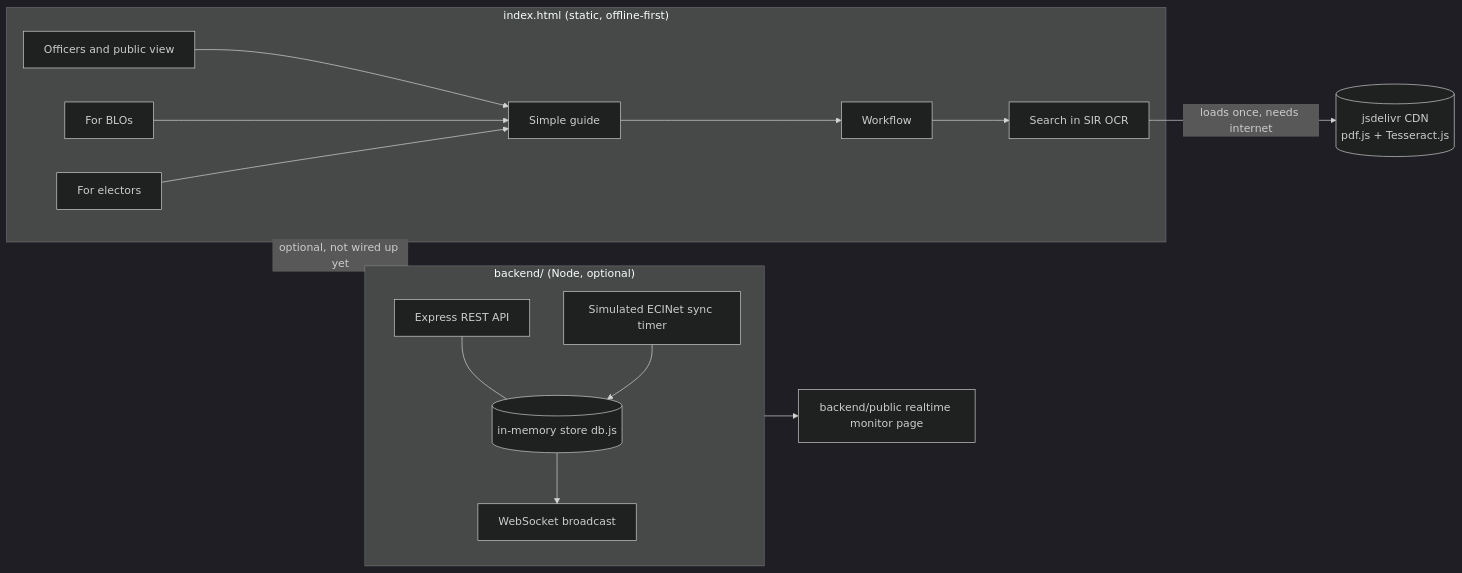
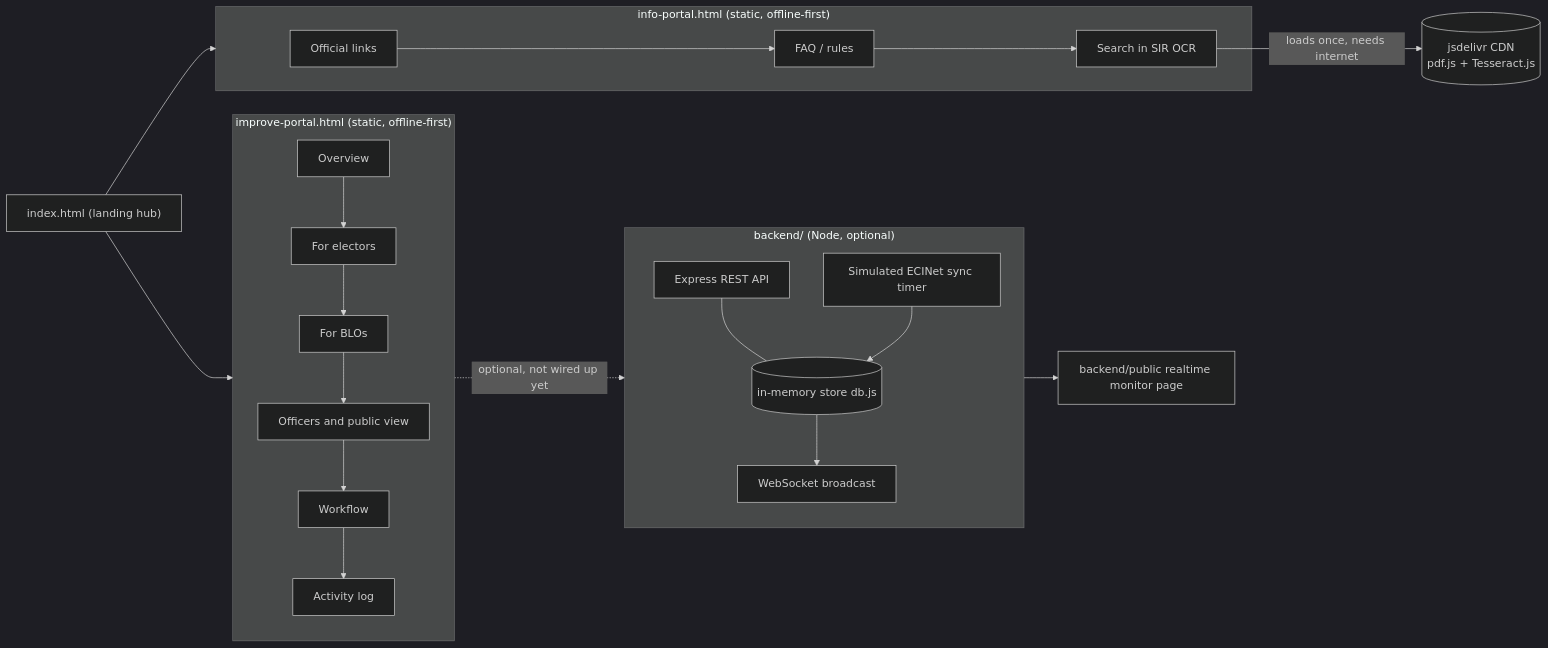
The diagram in docs/architecture.md (shubhamsugara22/co-op-sir-vision), drawn with Mermaid (dark theme) before and after one commit. The commit also changed other lines of this file and 7 other files, not shown here.

````diff
--- a/docs/architecture.md
+++ b/docs/architecture.md
@@ -6,18 +6,24 @@
 ```mermaid
 flowchart LR
-    subgraph Static["index.html (static, offline-first)"]
-        A[For electors] --> D[Simple guide]
-        B[For BLOs] --> D
-        C[Officers and public view] --> D
-        D --> E[Workflow]
-        E --> F[Search in SIR OCR]
+    Hub["index.html (landing hub)"] --> Info
+    Hub --> Improve
+    subgraph Info["info-portal.html (static, offline-first)"]
+        A[Official links] --> B[FAQ / rules]
+        B --> C[Search in SIR OCR]
     end
-    F -- "loads once, needs internet" --> CDN[(jsdelivr CDN\npdf.js + Tesseract.js)]
-    Static -. "optional, not wired up yet" .-> Backend
+    C -- "loads once, needs internet" --> CDN[(jsdelivr CDN\npdf.js + Tesseract.js)]
+    subgraph Improve["improve-portal.html (static, offline-first)"]
+        D[Overview] --> E[For electors]
+        E --> F[For BLOs]
+        F --> G[Officers and public view]
+        G --> H[Workflow]
+        H --> I[Activity log]
+    end
+    Improve -. "optional, not wired up yet" .-> Backend
     subgraph Backend["backend/ (Node, optional)"]
-        G[Express REST API] --- H[(in-memory store db.js)]
-        H --> I[WebSocket broadcast]
-        J[Simulated ECINet sync timer] --> H
+        J[Express REST API] --- K[(in-memory store db.js)]
+        K --> L[WebSocket broadcast]
+        M[Simulated ECINet sync timer] --> K
     end
     Backend --> Monitor[backend/public realtime monitor page]
 ```
````
